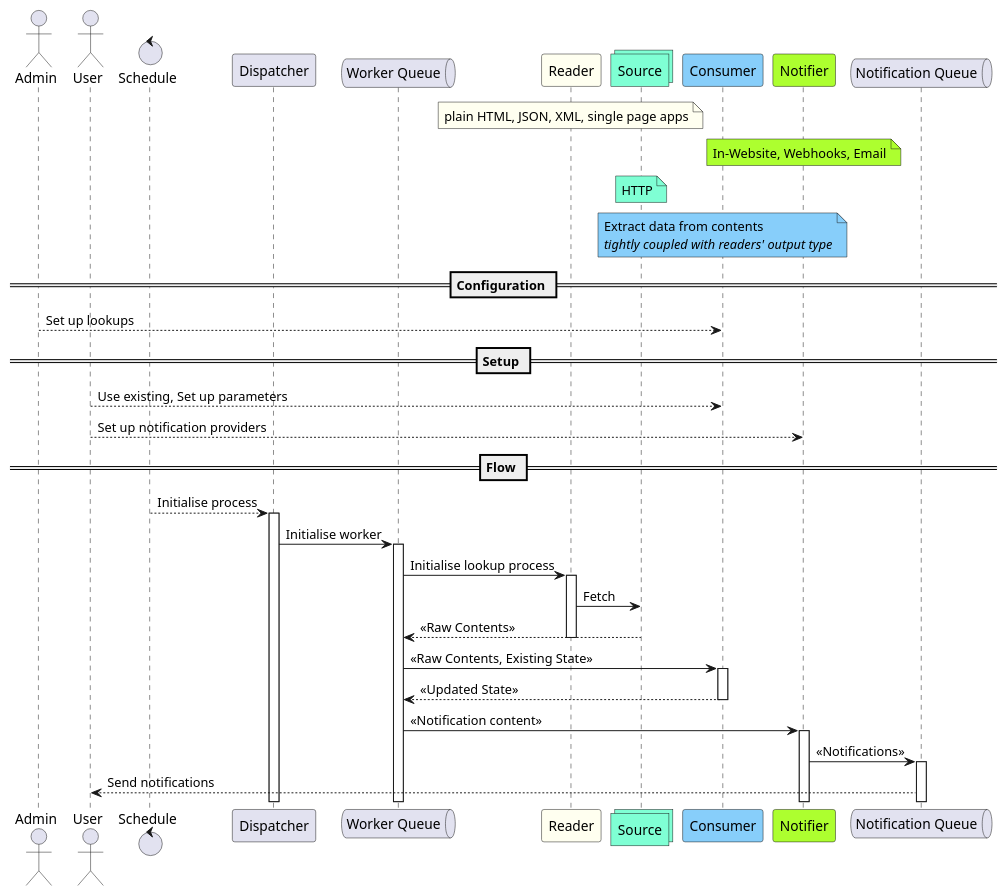
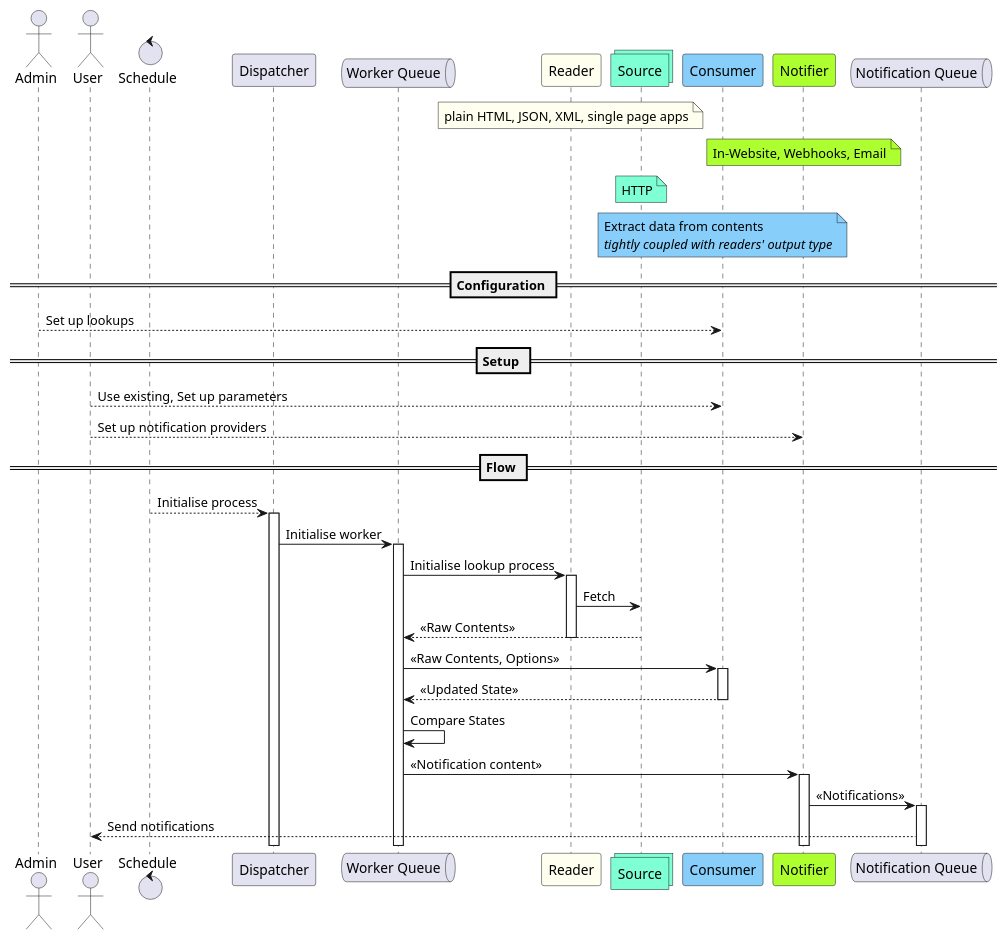
The diagram in docs/sequence.puml (any-sub/server), drawn with PlantUML before and after one commit. The commit also changed 6 other files, not shown here.

```diff
--- a/docs/sequence.puml
+++ b/docs/sequence.puml
@@ -1,55 +1,57 @@
 @startuml
 
 actor Admin
 actor User
 control Schedule
 participant Dispatcher
 queue Workers as "Worker Queue"
 participant Reader #Ivory
 collections Source #Aquamarine
 participant Consumer #LightSkyBlue
 participant Notifier #GreenYellow
 queue NotiQueue as "Notification Queue"
 
 note over Reader #Ivory : plain HTML, JSON, XML, single page apps
 note over Notifier #GreenYellow : In-Website, Webhooks, Email
 note over Source #Aquamarine : HTTP
 note over Consumer #LightSkyBlue
 Extract data from contents
 //tightly coupled with readers' output type//
 end note
 
 == Configuration ==
 Admin --> Consumer : Set up lookups
 
 == Setup ==
 User --> Consumer : Use existing, Set up parameters
 User --> Notifier : Set up notification providers
 
 == Flow ==
 Schedule --> Dispatcher : Initialise process
 activate Dispatcher
 
 Dispatcher -> Workers : Initialise worker
 activate Workers
 
 Workers -> Reader : Initialise lookup process
 activate Reader
 Reader -> Source : Fetch
 Source --> Workers : <<Raw Contents>>
 deactivate Reader
 
-Workers -> Consumer : <<Raw Contents, Existing State>>
+Workers -> Consumer : <<Raw Contents, Options>>
 activate Consumer
 
 Consumer --> Workers : <<Updated State>>
 deactivate Consumer
+
+Workers -> Workers : Compare States
 
 Workers -> Notifier : <<Notification content>>
 activate Notifier
 Notifier -> NotiQueue : <<Notifications>>
 activate NotiQueue
 
 NotiQueue --> User : Send notifications
 
 @enduml
```
